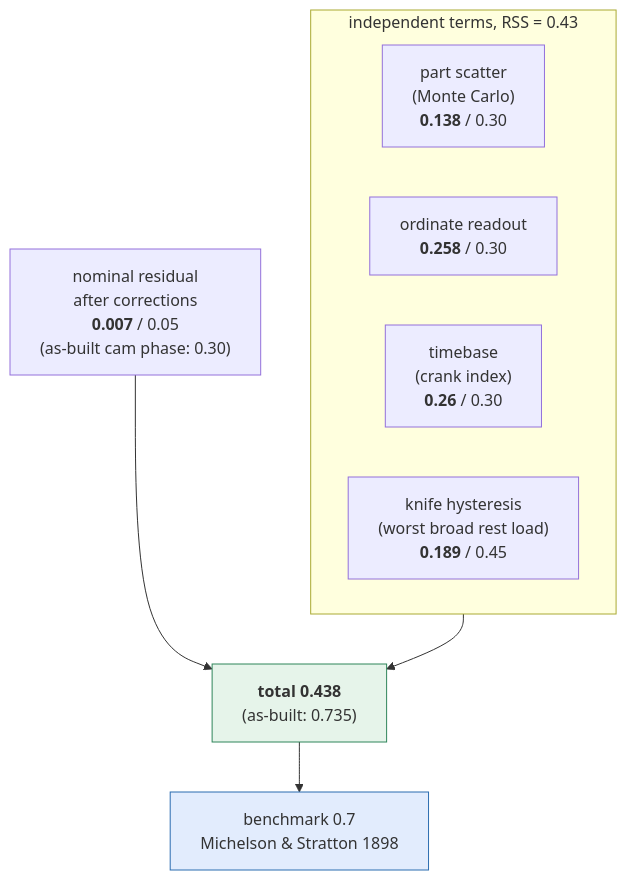
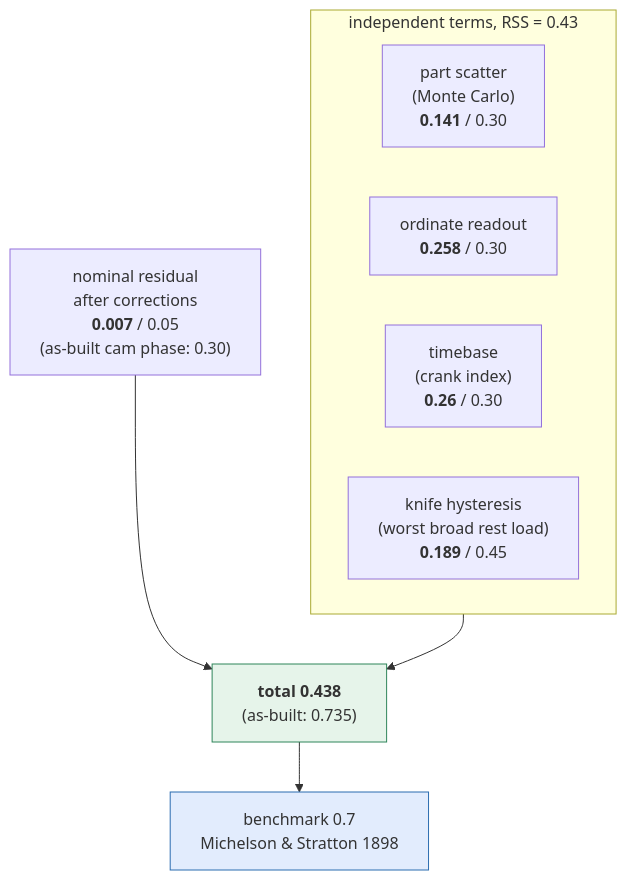
Before and after one commit to pedropaulovc/harmonic-analyzer: the third of 4 diagrams in cad/docs/tolerance-policy.md, drawn with Mermaid. The commit also changed other lines of this file and 62 other files, not shown here.

````diff
--- a/cad/docs/tolerance-policy.md
+++ b/cad/docs/tolerance-policy.md
@@ -314,16 +325,16 @@
 ```mermaid
 flowchart TB
     subgraph rss["independent terms, RSS = 0.43"]
         direction LR
-        s["part scatter<br/>(Monte Carlo)<br/><b>0.138</b> / 0.30"]
+        s["part scatter<br/>(Monte Carlo)<br/><b>0.141</b> / 0.30"]
         r["ordinate readout<br/><b>0.258</b> / 0.30"]
         t["timebase<br/>(crank index)<br/><b>0.26</b> / 0.30"]
         k["knife hysteresis<br/>(worst broad rest load)<br/><b>0.189</b> / 0.45"]
     end
     n["nominal residual<br/>after corrections<br/><b>0.007</b> / 0.05<br/>(as-built cam phase: 0.30)"]
     rss --> total["<b>total 0.438</b><br/>(as-built: 0.735)"]
     n --> total
     total --> bench["benchmark 0.7<br/>Michelson & Stratton 1898"]
     style total fill:#e6f4ea,stroke:#2f855a
     style bench fill:#e2ecfd,stroke:#2b6cb0
 ```
````
